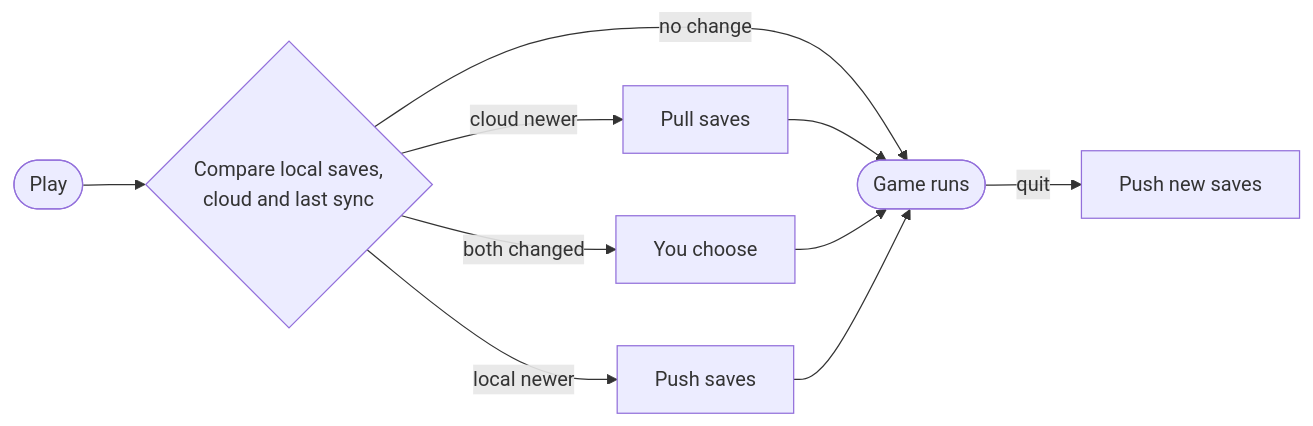
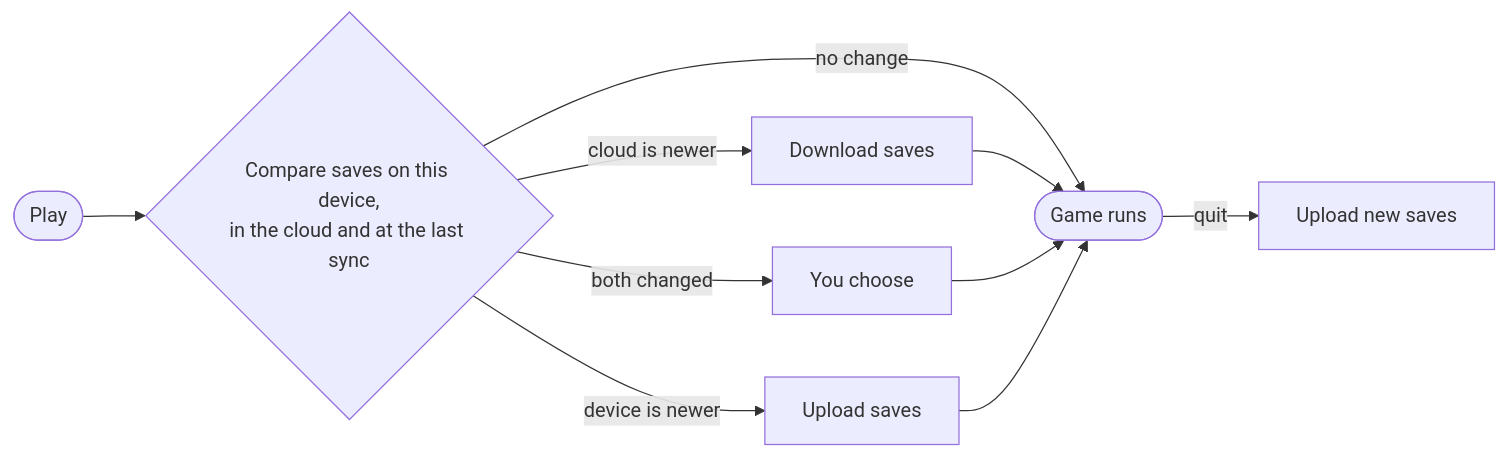
The diagram in README.md (akfaiz/carryover), drawn with Mermaid before and after one commit. The commit also changed other lines of this file and 3 other files, not shown here.

````diff
--- a/README.md
+++ b/README.md
@@ -153,12 +140,12 @@
 ```mermaid
 flowchart LR
-    Play([Play]) --> Compare{"Compare local saves,<br/>cloud and last sync"}
-    Compare -->|cloud newer| Pull[Pull saves]
+    Play([Play]) --> Compare{"Compare saves on this device,<br/>in the cloud and at the last sync"}
+    Compare -->|cloud is newer| Pull[Download saves]
     Compare -->|both changed| Choose[You choose]
-    Compare -->|local newer| Push[Push saves]
+    Compare -->|device is newer| Push[Upload saves]
     Compare -->|no change| Game
     Pull --> Game([Game runs])
     Choose --> Game
     Push --> Game
-    Game -->|quit| Upload[Push new saves]
+    Game -->|quit| Upload[Upload new saves]
 ```
````
